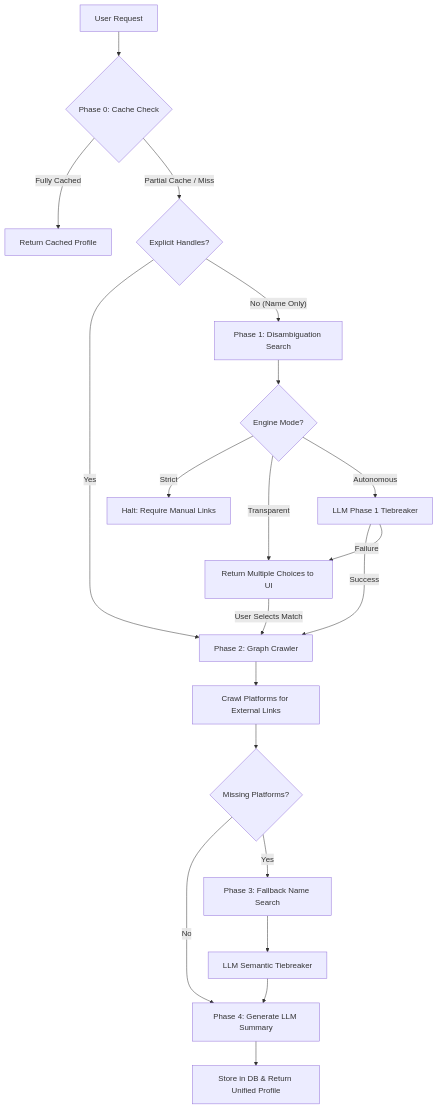
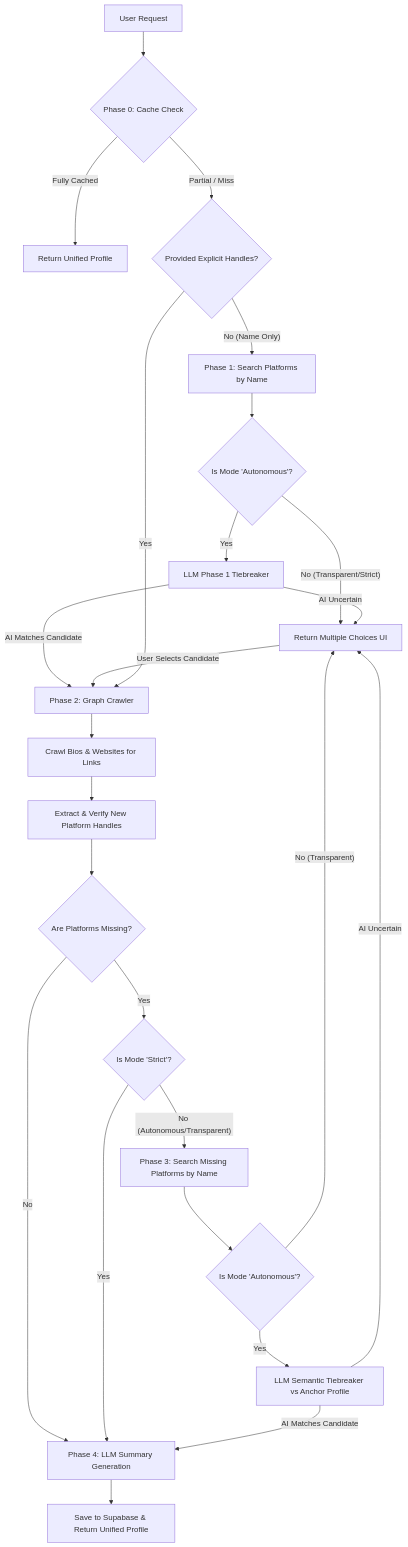
One commit to Niteshkrjhag/Dev-Profile-Unifier changed the diagram in README.md. Above: the diagram before and after it, drawn with Mermaid.

Commit message:
docs: Make Mermaid diagram perfectly match code implementation

````diff
--- a/README.md
+++ b/README.md
@@ -27,28 +27,34 @@
 ```mermaid
 graph TD
     A[User Request] --> B{Phase 0: Cache Check}
-    B -- Fully Cached --> C[Return Cached Profile]
-    B -- Partial Cache / Miss --> D{Explicit Handles?}
+    B -- Fully Cached --> C[Return Unified Profile]
+    B -- Partial / Miss --> D{Provided Explicit Handles?}
     
-    D -- Yes --> F[Phase 2: Graph Crawler]
-    D -- No (Name Only) --> E[Phase 1: Disambiguation Search]
+    D -- No (Name Only) --> E[Phase 1: Search Platforms by Name]
+    E --> E1{Is Mode 'Autonomous'?}
+    E1 -- No (Transparent/Strict) --> E2[Return Multiple Choices UI]
+    E1 -- Yes --> E3[LLM Phase 1 Tiebreaker]
+    E3 -- AI Matches Candidate --> F
+    E3 -- AI Uncertain --> E2
     
-    E --> E1{Engine Mode?}
-    E1 -- Strict --> E2[Halt: Require Manual Links]
-    E1 -- Transparent --> E3[Return Multiple Choices to UI]
-    E1 -- Autonomous --> E4[LLM Phase 1 Tiebreaker]
+    E2 -- User Selects Candidate --> F[Phase 2: Graph Crawler]
+    D -- Yes --> F
     
-    E4 -- Success --> F
-    E4 -- Failure --> E3
-    E3 -- User Selects Match --> F
+    F --> G[Crawl Bios & Websites for Links]
+    G --> H[Extract & Verify New Platform Handles]
+    H --> I{Are Platforms Missing?}
     
-    F --> G[Crawl Platforms for External Links]
-    G --> I{Missing Platforms?}
+    I -- No --> L[Phase 4: LLM Summary Generation]
+    I -- Yes --> J{Is Mode 'Strict'?}
+    J -- Yes --> L
+    J -- No (Autonomous/Transparent) --> K[Phase 3: Search Missing Platforms by Name]
     
-    I -- No --> L[Phase 4: Generate LLM Summary]
-    I -- Yes --> J[Phase 3: Fallback Name Search]
-    J --> K[LLM Semantic Tiebreaker]
-    K --> L
+    K --> K1{Is Mode 'Autonomous'?}
+    K1 -- No (Transparent) --> E2
+    K1 -- Yes --> K2[LLM Semantic Tiebreaker vs Anchor Profile]
     
-    L --> M[Store in DB & Return Unified Profile]
+    K2 -- AI Matches Candidate --> L
+    K2 -- AI Uncertain --> E2
+    
+    L --> M[Save to Supabase & Return Unified Profile]
 ```
````
